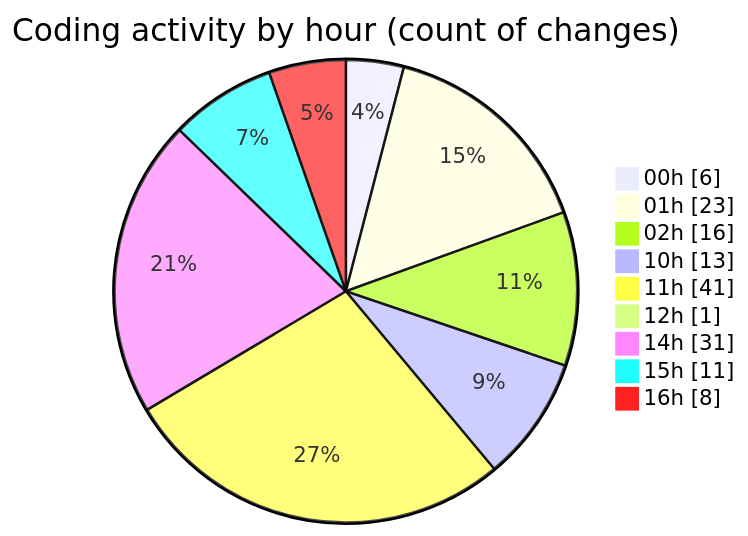
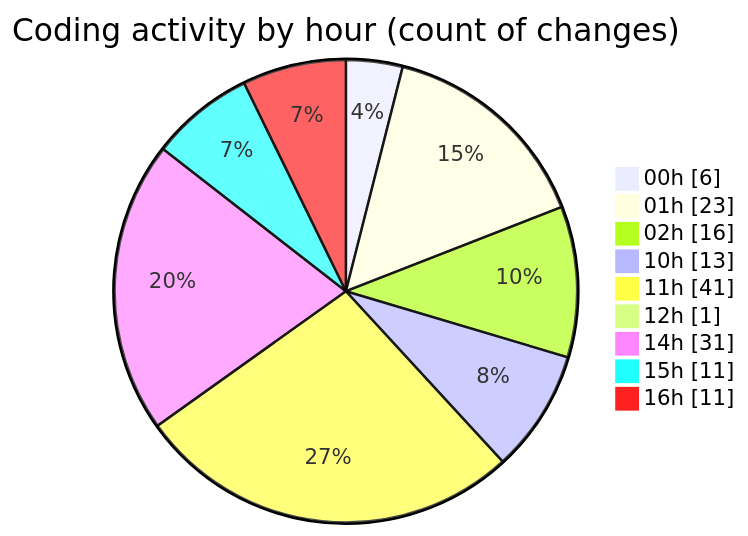
Before and after one commit to julien-gomy/code-tracking: the second of 2 diagrams in 2025-11-08/eventscop-frontend-guide__workspace_/README.md, drawn with Mermaid. The commit also changed other lines of this file and 1 other file, not shown here.

````diff
--- a/2025-11-08/eventscop-frontend-guide__workspace_/README.md
+++ b/2025-11-08/eventscop-frontend-guide__workspace_/README.md
@@ -72,13 +73,13 @@
 ```mermaid
 pie showData
 title Coding activity by hour (count of changes)
 "00h" : 6
 "01h" : 23
 "02h" : 16
 "10h" : 13
 "11h" : 41
 "12h" : 1
 "14h" : 31
 "15h" : 11
-"16h" : 8
+"16h" : 11
 ```
````
